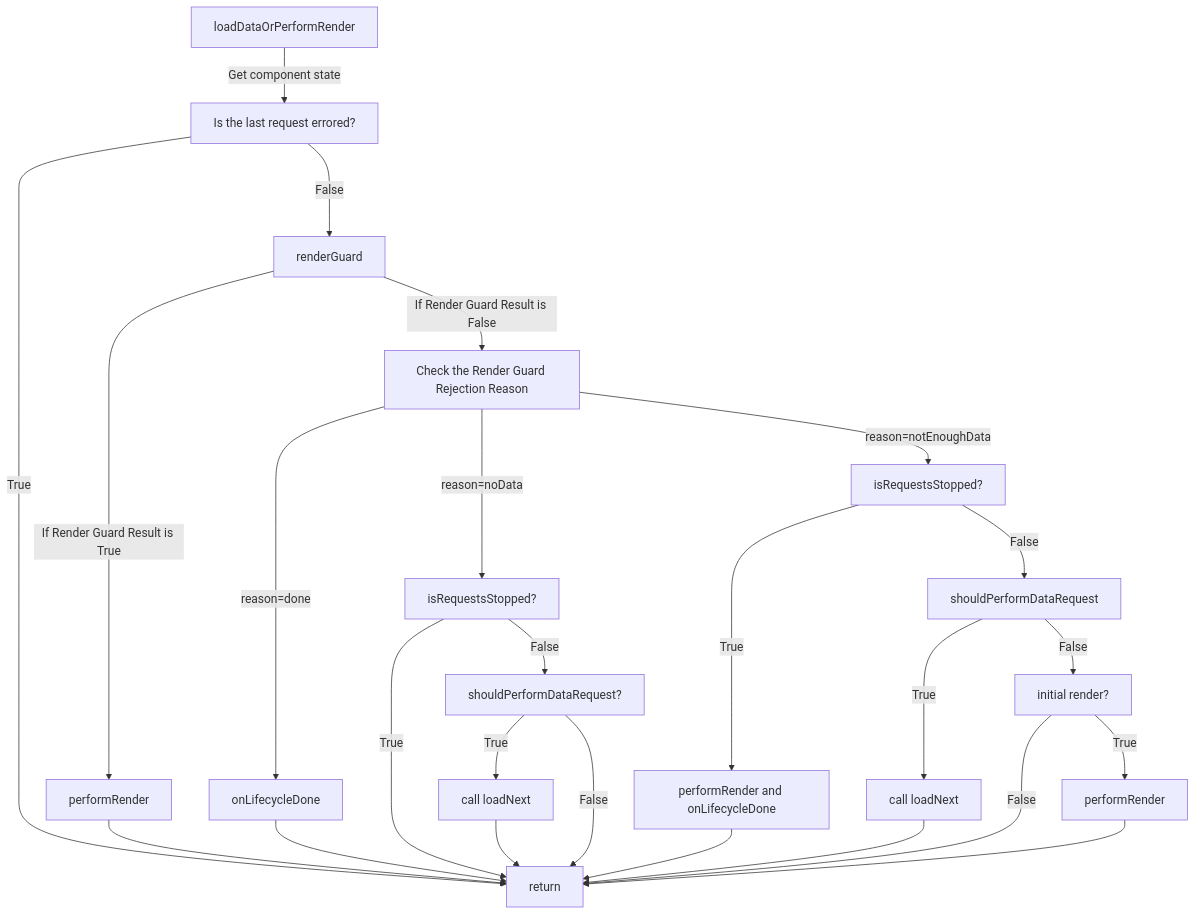
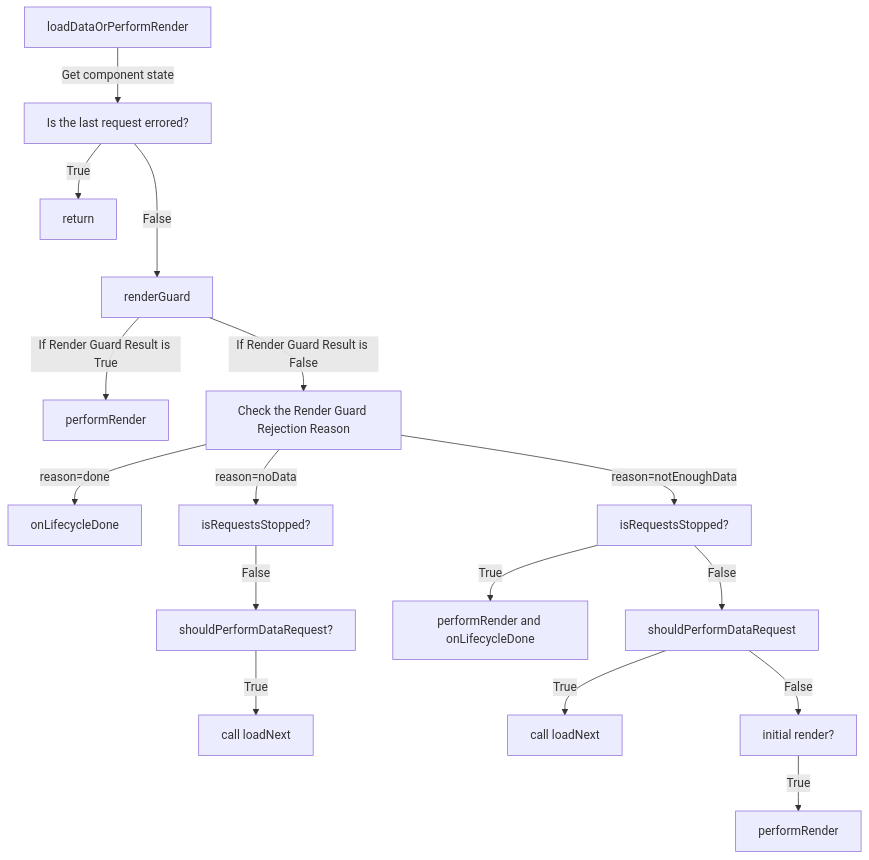
Before and after one commit to V4Fire/Client: the second of 2 diagrams in src/components/base/b-virtual-scroll/README.md, drawn with Mermaid. The commit also changed other lines of this file, not shown here.

````diff
--- a/src/components/base/b-virtual-scroll/README.md
+++ b/src/components/base/b-virtual-scroll/README.md
@@ -431,27 +436,18 @@
 ```mermaid
 graph TB
     A[loadDataOrPerformRender] -->|Get component state| B[Is the last request errored?]
     B -- True --> X[return]
     B -- False ---> C[renderGuard]
     C -- If Render Guard Result is True --> D[performRender]
-    D --> X
     C -- If Render Guard Result is False --> E[Check the Render Guard Rejection Reason]
     E -- reason=done --> F[onLifecycleDone]
-    F --> X
     E -- reason=noData --> G[isRequestsStopped?]
-    G -- True --> X
     G -- False --> H[shouldPerformDataRequest?]
     H -- True --> I["call loadNext"]
-    I --> X
-    H -- False --> X
     E -- reason=notEnoughData --> J[isRequestsStopped?]
     J -- True --> K[performRender and onLifecycleDone]
-    K --> X
     J -- False --> L[shouldPerformDataRequest]
     L -- True --> M["call loadNext"]
-    M --> X
     L -- False --> N[initial render?]
     N -- True --> P[performRender]
-    N -- False --> X
-    P --> X
 ```
````
